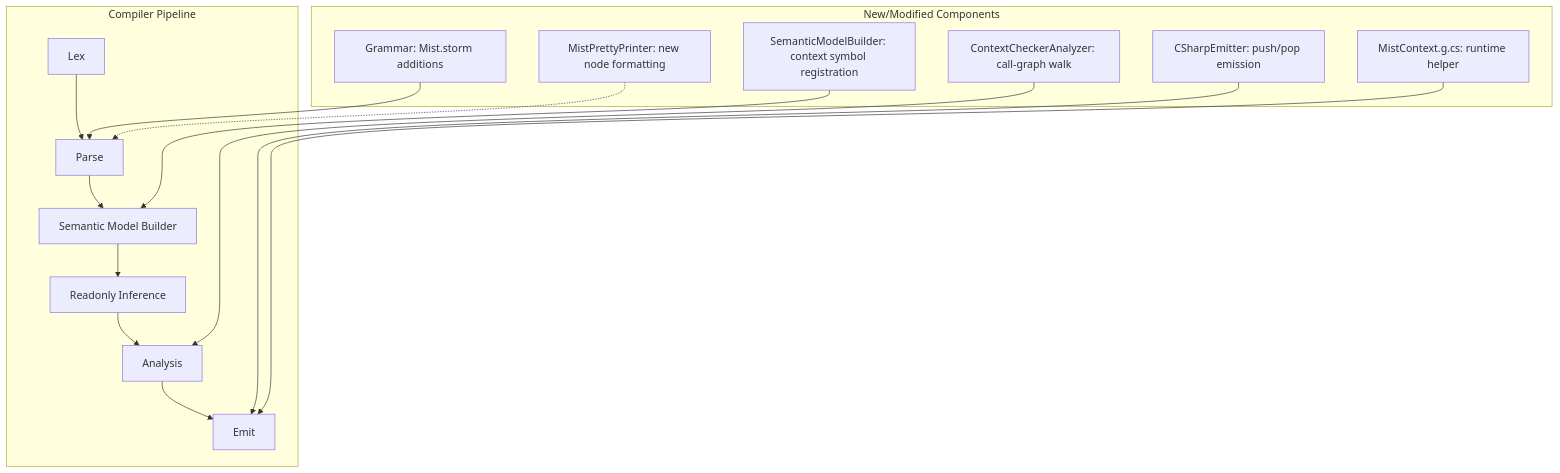
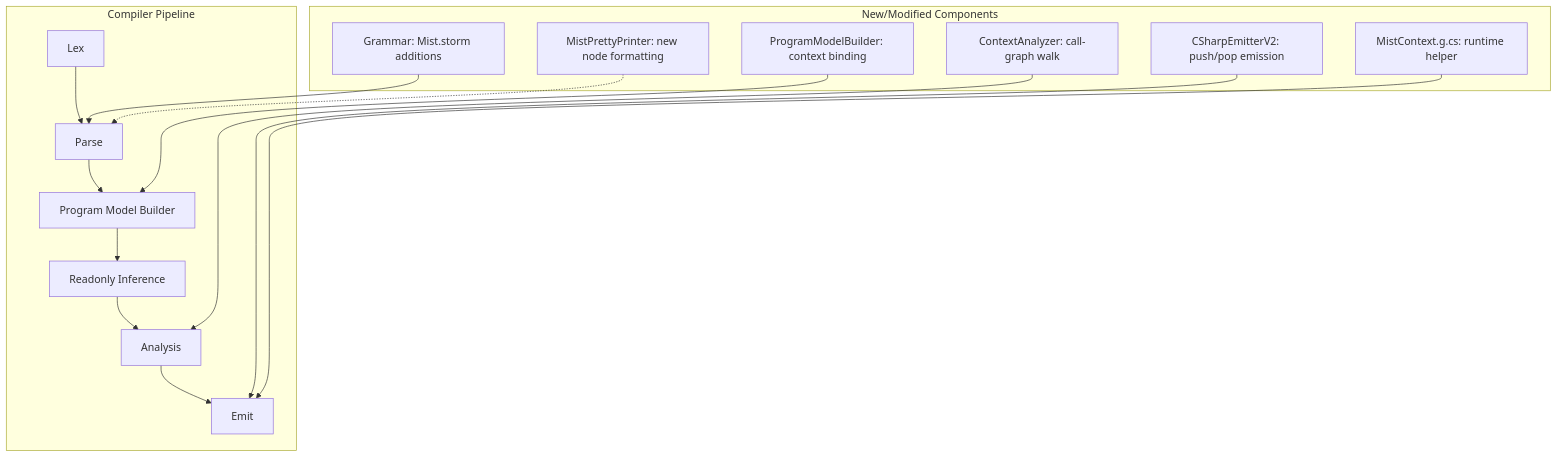
One commit to LynxStar/MistLang changed the diagram in .kiro/specs/structured-context/design.md. Above: the diagram before and after it, drawn with Mermaid. The commit also changed other lines of this file and 1 other file, not shown here.

First line of the commit message:
docs(spec): align structured-context names, keying and messages with source (MIST-175)

````diff
--- a/.kiro/specs/structured-context/design.md
+++ b/.kiro/specs/structured-context/design.md
@@ -20,26 +20,26 @@
 ```mermaid
 flowchart TD
     subgraph "Compiler Pipeline"
         A[Lex] --> B[Parse]
-        B --> C[Semantic Model Builder]
+        B --> C[Program Model Builder]
         C --> D[Readonly Inference]
         D --> E[Analysis]
         E --> F[Emit]
     end
 
     subgraph "New/Modified Components"
         G[Grammar: Mist.storm additions]
-        H[SemanticModelBuilder: context symbol registration]
-        I[ContextCheckerAnalyzer: call-graph walk]
-        J[CSharpEmitter: push/pop emission]
+        H[ProgramModelBuilder: context binding]
+        I[ContextAnalyzer: call-graph walk]
+        J[CSharpEmitterV2: push/pop emission]
         K[MistContext.g.cs: runtime helper]
         L[MistPrettyPrinter: new node formatting]
     end
 
     G --> B
     H --> C
     I --> E
     J --> F
     K --> F
     L -.-> B
 ```
````
